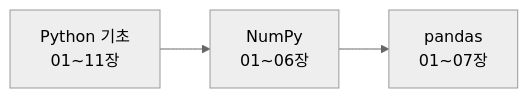
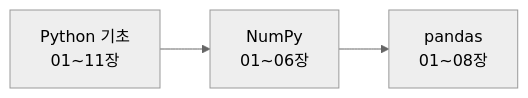
Before and after one commit to sinaboro/ai-service-course: the diagram in README.md, drawn with Mermaid (neutral theme). The commit also changed other lines of this file and 32 other files, not shown here.

````diff
--- a/README.md
+++ b/README.md
@@ -17,4 +17,4 @@
 ```mermaid
 flowchart LR
-  P["Python 기초<br/>01~11장"] --> N["NumPy<br/>01~06장"] --> D["pandas<br/>01~07장"]
+  P["Python 기초<br/>01~11장"] --> N["NumPy<br/>01~06장"] --> D["pandas<br/>01~08장"]
 ```
````
